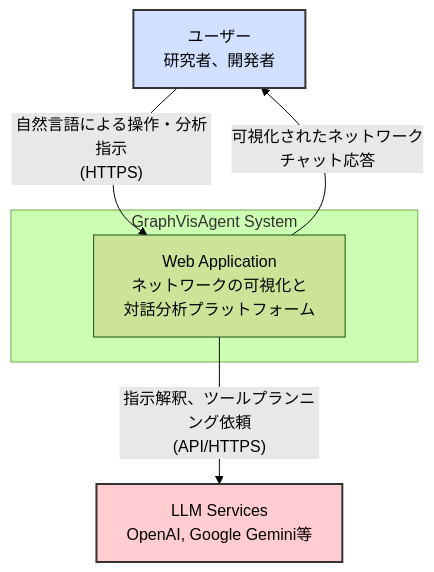
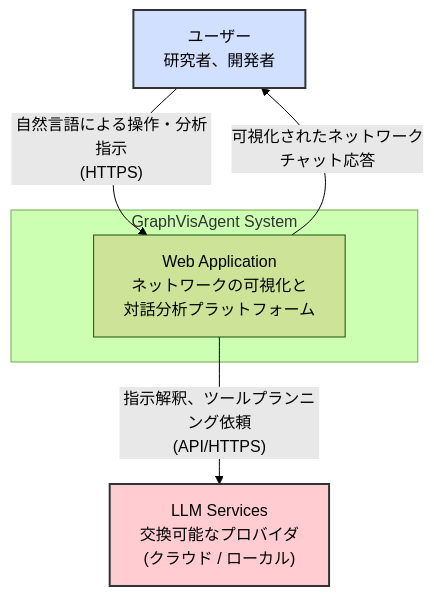
Before and after one commit to vdslab/LLMGraphvis: the first of 3 diagrams in specification/2_Technical_Details/0_Architecture.md, drawn with Mermaid (forest theme). The commit also changed other lines of this file and 12 other files, not shown here.

````diff
--- a/specification/2_Technical_Details/0_Architecture.md
+++ b/specification/2_Technical_Details/0_Architecture.md
@@ -16,17 +16,17 @@
 ```mermaid
 graph TD
     user["ユーザー<br/>研究者、開発者"]
 
     subgraph "GraphVisAgent System"
         webApplication["Web Application<br/>ネットワークの可視化と<br/>対話分析プラットフォーム"]
     end
 
-    llmServices["LLM Services<br/>OpenAI, Google Gemini等"]
+    llmServices["LLM Services<br/>交換可能なプロバイダ<br/>(クラウド / ローカル)"]
 
     user -- "自然言語による操作・分析指示<br/>(HTTPS)" --> webApplication
     webApplication -- "可視化されたネットワーク<br/>チャット応答" --> user
     webApplication -- "指示解釈、ツールプランニング依頼<br/>(API/HTTPS)" --> llmServices
 
     style user fill:#d1e0ff,stroke:#333,stroke-width:2px
     style llmServices fill:#ffccd1,stroke:#333,stroke-width:2px
 ```
````
